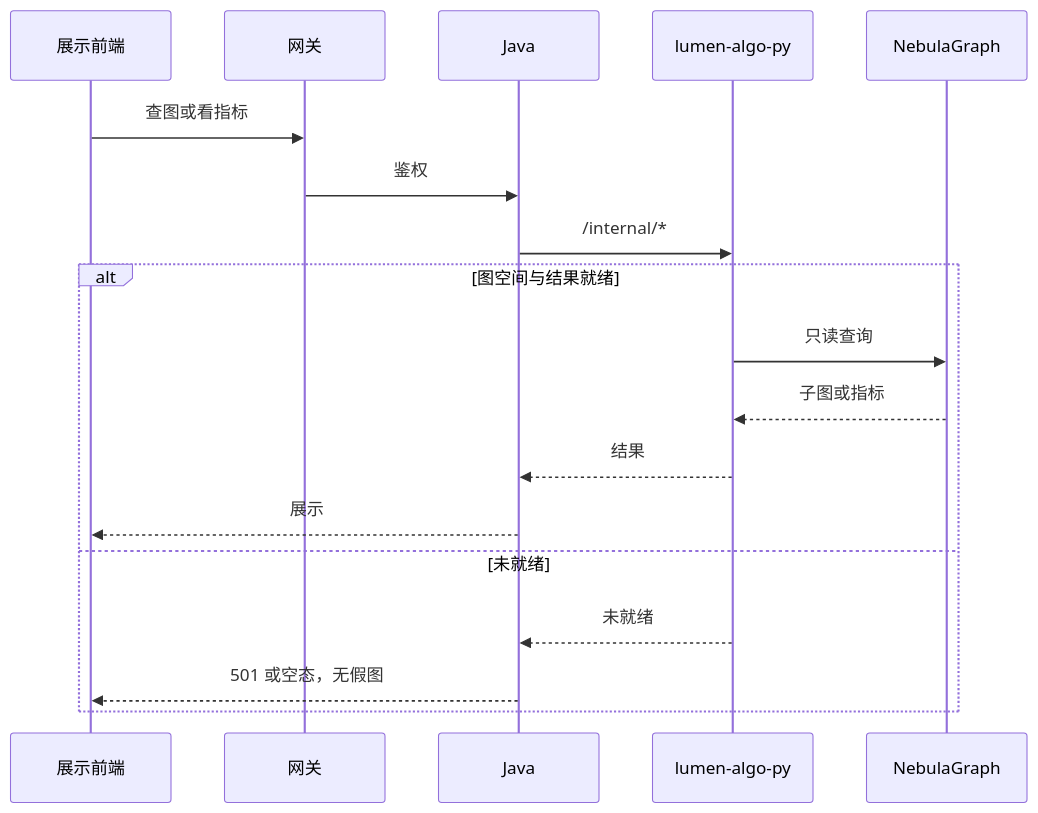
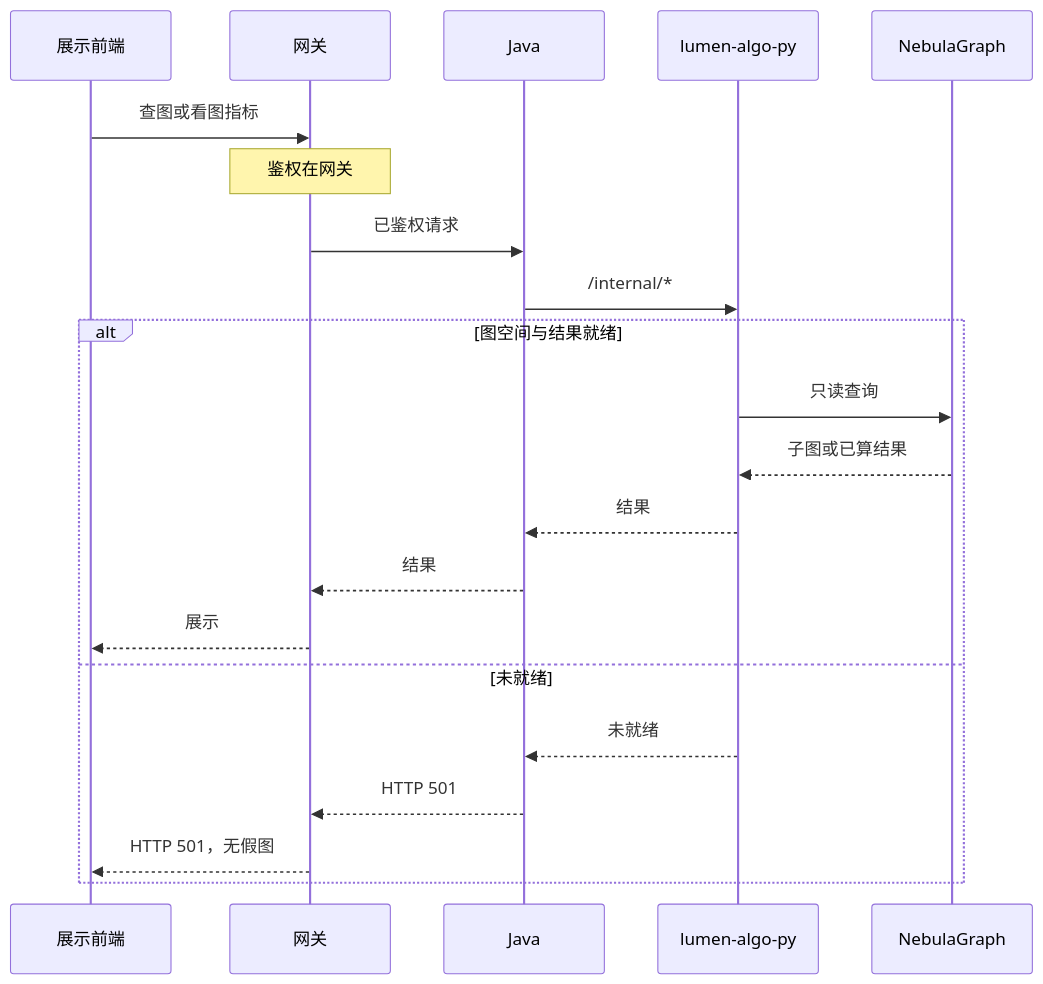
Before and after one commit to Marisolebxf/-: the first of 2 diagrams in agent-delivery/工程过程/04-系统集成/07-图数据库集成/技术方案.md, drawn with Mermaid. The commit also changed other lines of this file and 15 other files, not shown here.

````diff
--- a/agent-delivery/工程过程/04-系统集成/07-图数据库集成/技术方案.md
+++ b/agent-delivery/工程过程/04-系统集成/07-图数据库集成/技术方案.md
@@ -20,20 +87,23 @@
 ```mermaid
 sequenceDiagram
   participant FE as 展示前端
   participant GW as 网关
   participant J as Java
   participant PY as lumen-algo-py
   participant G as NebulaGraph
-  FE->>GW: 查图或看指标
-  GW->>J: 鉴权
+  FE->>GW: 查图或看图指标
+  Note over GW: 鉴权在网关
+  GW->>J: 已鉴权请求
   J->>PY: /internal/*
   alt 图空间与结果就绪
     PY->>G: 只读查询
-    G-->>PY: 子图或指标
+    G-->>PY: 子图或已算结果
     PY-->>J: 结果
-    J-->>FE: 展示
+    J-->>GW: 结果
+    GW-->>FE: 展示
   else 未就绪
     PY-->>J: 未就绪
-    J-->>FE: 501 或空态，无假图
+    J-->>GW: HTTP 501
+    GW-->>FE: HTTP 501，无假图
   end
 ```
````
